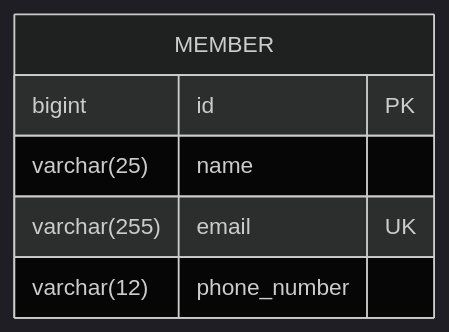
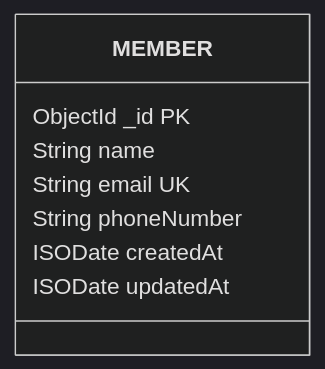
Before and after one commit to olibchr/kitchensink: the second of 3 diagrams in documentation/data-models.md, drawn with Mermaid (dark theme). The commit also changed other lines of this file and 1 other file, not shown here.

````diff
--- a/documentation/data-models.md
+++ b/documentation/data-models.md
@@ -34,9 +40,11 @@
 ```mermaid
-erDiagram
-    MEMBER {
-        bigint id PK
-        varchar(25) name
-        varchar(255) email UK
-        varchar(12) phone_number
+classDiagram
+    class MEMBER {
+        ObjectId _id PK
+        String name
+        String email UK
+        String phoneNumber
+        ISODate createdAt
+        ISODate updatedAt
     }
 ```
````
